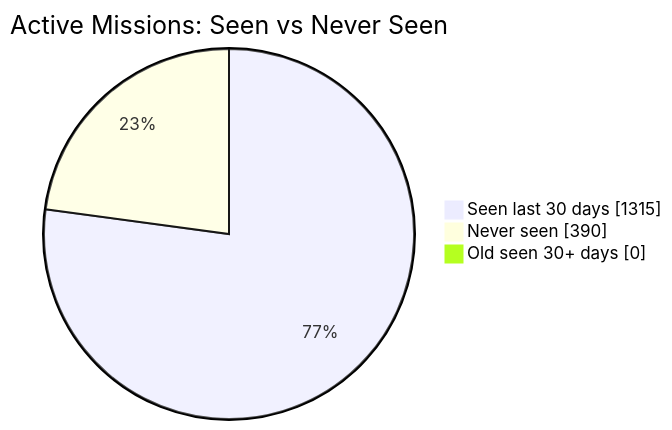
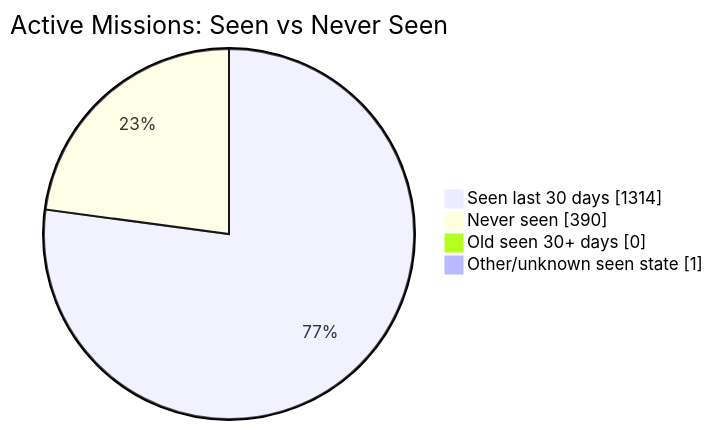
Before and after one commit to MeldkamerspelGameTeam/active-missions: the first of 2 diagrams in README.md, drawn with Mermaid. The commit also changed other lines of this file and 5 other files, not shown here.

````diff
--- a/README.md
+++ b/README.md
@@ -34,7 +34,8 @@
 ```mermaid
 pie showData
     title Active Missions: Seen vs Never Seen
-    "Seen last 30 days" : 1315
+    "Seen last 30 days" : 1314
     "Never seen" : 390
     "Old seen 30+ days" : 0
+    "Other/unknown seen state" : 1
 ```
````
